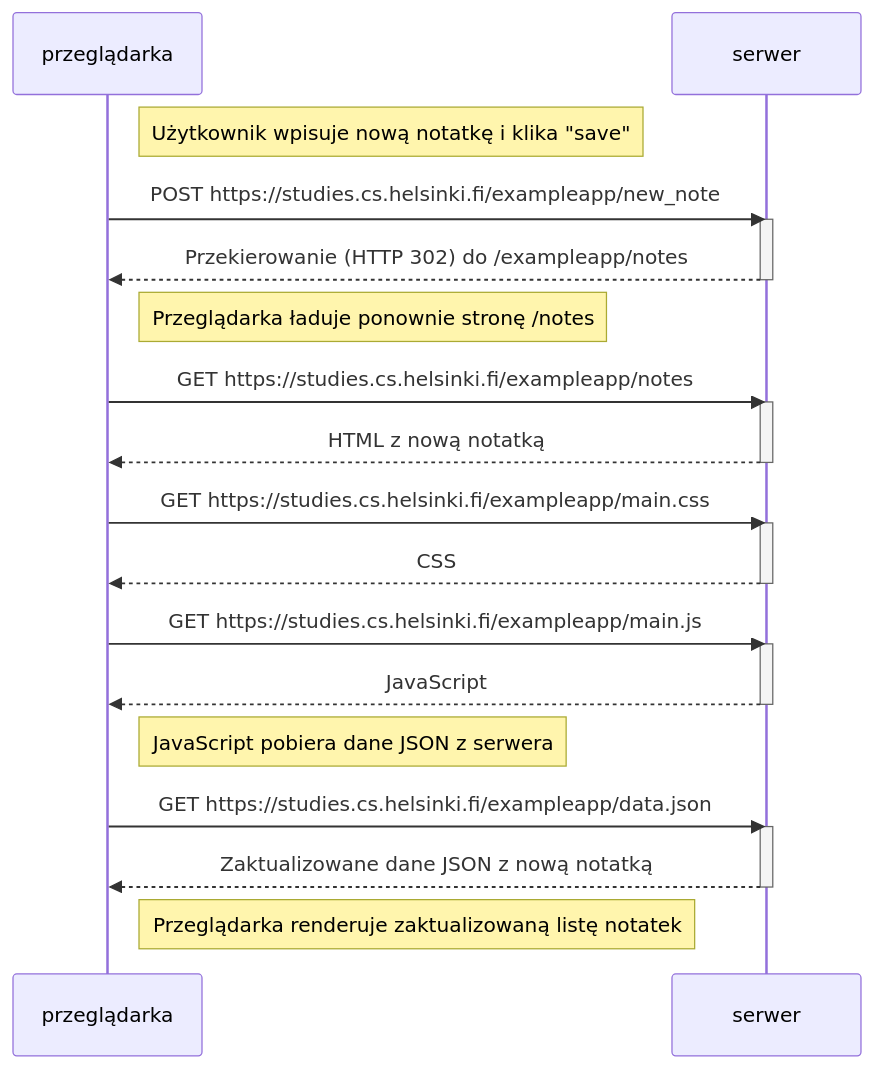
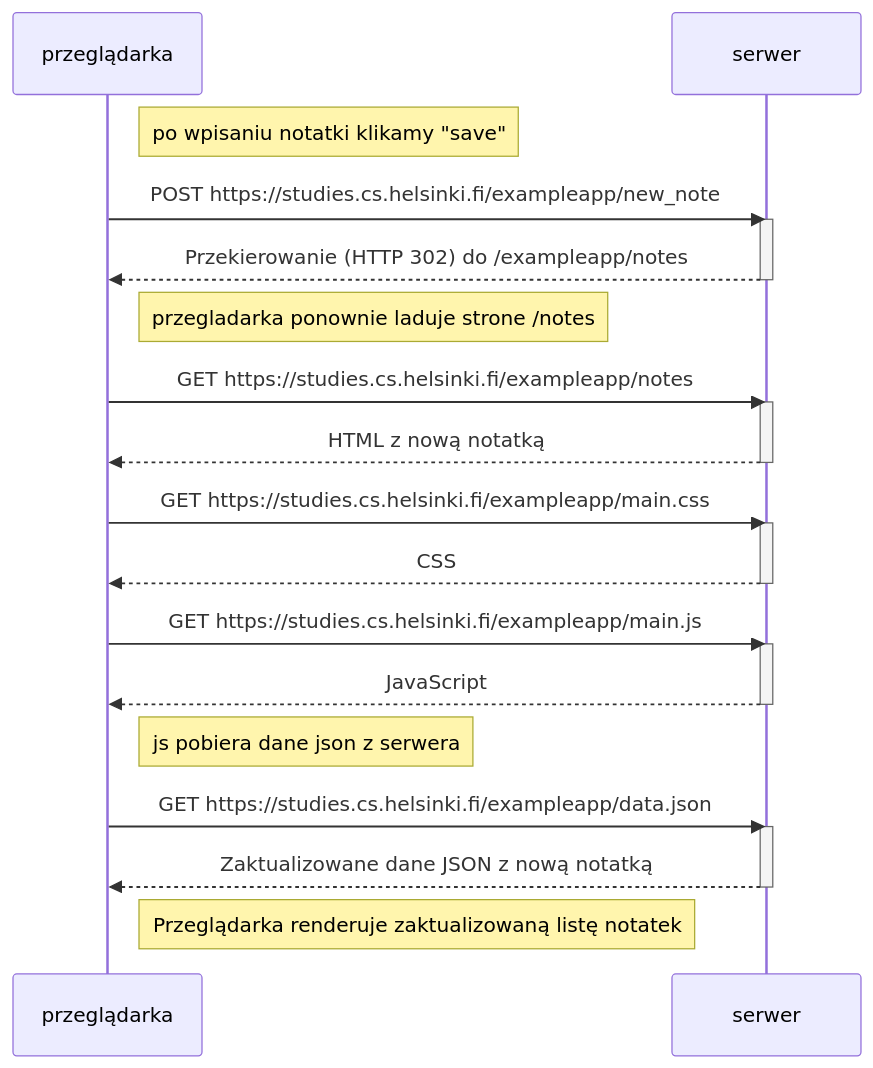
The diagram in Part0/zad0-4.mmd (Layer2843/my-repo), drawn with Mermaid before and after one commit.

```diff
--- a/Part0/zad0-4.mmd
+++ b/Part0/zad0-4.mmd
@@ -1,36 +1,36 @@
 sequenceDiagram
     participant przeglądarka
     participant serwer
 
-    Note right of przeglądarka: Użytkownik wpisuje nową notatkę i klika "save"
+    Note right of przeglądarka: po wpisaniu notatki klikamy "save"
 
     przeglądarka->>serwer: POST https://studies.cs.helsinki.fi/exampleapp/new_note
     activate serwer
     serwer-->>przeglądarka: Przekierowanie (HTTP 302) do /exampleapp/notes
     deactivate serwer
 
-    Note right of przeglądarka: Przeglądarka ładuje ponownie stronę /notes
+    Note right of przeglądarka: przegladarka ponownie laduje strone /notes
 
     przeglądarka->>serwer: GET https://studies.cs.helsinki.fi/exampleapp/notes
     activate serwer
     serwer-->>przeglądarka: HTML z nową notatką
     deactivate serwer
 
     przeglądarka->>serwer: GET https://studies.cs.helsinki.fi/exampleapp/main.css
     activate serwer
     serwer-->>przeglądarka: CSS
     deactivate serwer
 
     przeglądarka->>serwer: GET https://studies.cs.helsinki.fi/exampleapp/main.js
     activate serwer
     serwer-->>przeglądarka: JavaScript
     deactivate serwer
 
-    Note right of przeglądarka: JavaScript pobiera dane JSON z serwera
+    Note right of przeglądarka: js pobiera dane json z serwera
 
     przeglądarka->>serwer: GET https://studies.cs.helsinki.fi/exampleapp/data.json
     activate serwer
     serwer-->>przeglądarka: Zaktualizowane dane JSON z nową notatką
     deactivate serwer
 
     Note right of przeglądarka: Przeglądarka renderuje zaktualizowaną listę notatek
```
